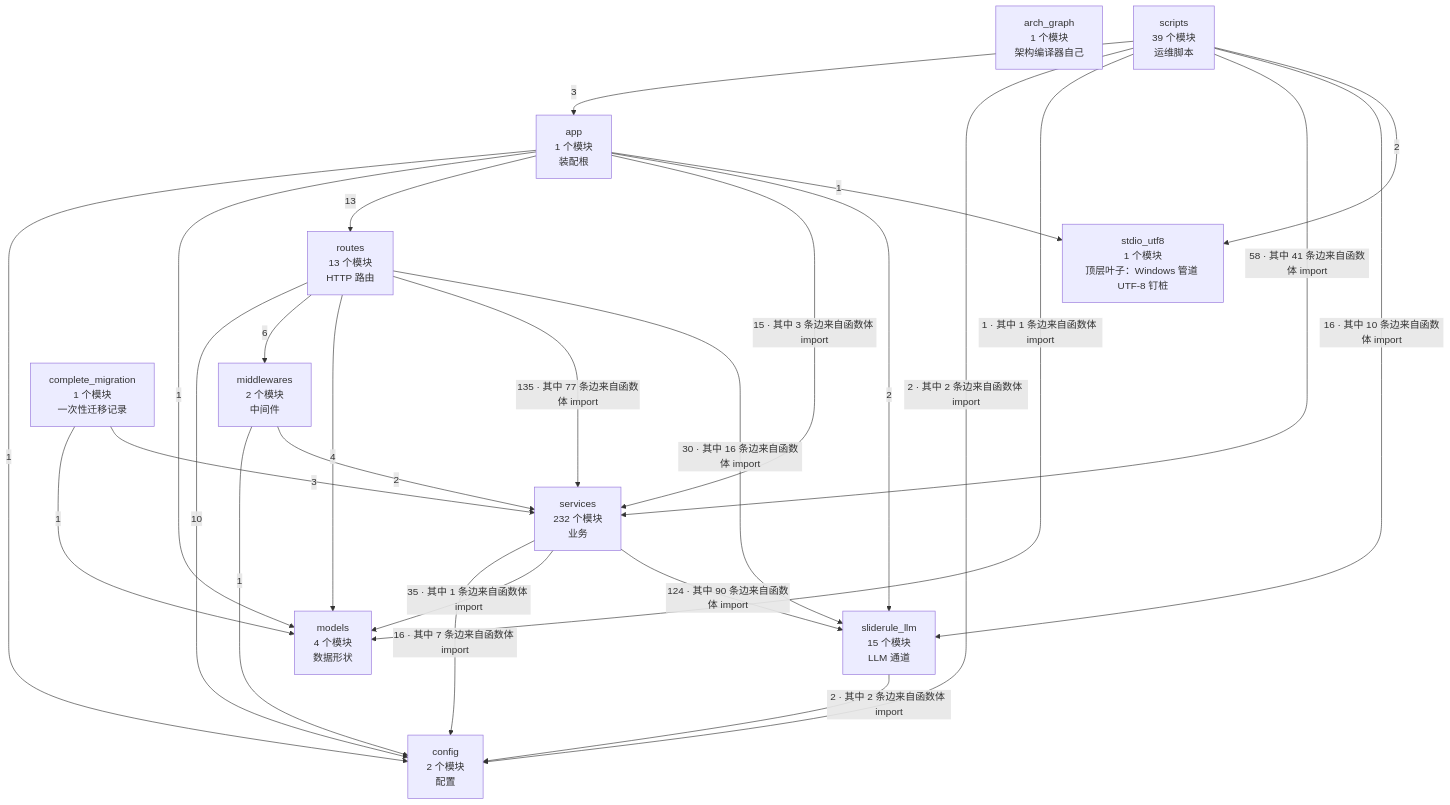
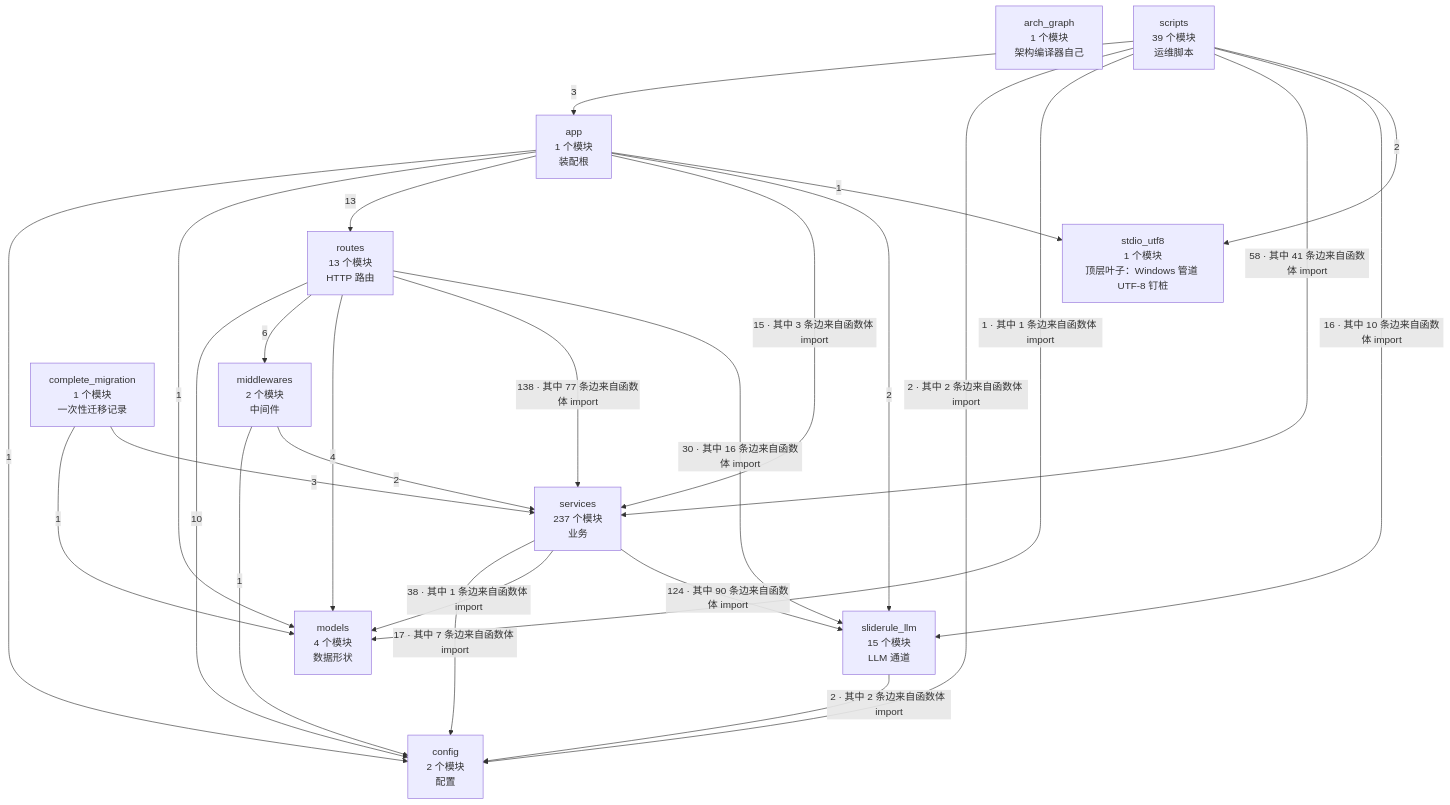
The second of 4 diagrams in docs/SlideRule V6.2 架构图（自动生成）.md (2686521696/WhyBuddy), drawn with Mermaid before and after one commit. The commit also changed other lines of this file and 38 other files, not shown here.

````diff
--- a/docs/SlideRule V6.2 架构图（自动生成）.md
+++ b/docs/SlideRule V6.2 架构图（自动生成）.md
@@ -62,39 +62,39 @@
 ```mermaid
 flowchart TB
   arch_graph["arch_graph<br/>1 个模块<br/>架构编译器自己"]
   config["config<br/>2 个模块<br/>配置"]
   models["models<br/>4 个模块<br/>数据形状"]
   stdio_utf8["stdio_utf8<br/>1 个模块<br/>顶层叶子：Windows 管道 UTF-8 钉桩"]
   sliderule_llm["sliderule_llm<br/>15 个模块<br/>LLM 通道"]
   middlewares["middlewares<br/>2 个模块<br/>中间件"]
-  services["services<br/>232 个模块<br/>业务"]
+  services["services<br/>237 个模块<br/>业务"]
   routes["routes<br/>13 个模块<br/>HTTP 路由"]
   app["app<br/>1 个模块<br/>装配根"]
   complete_migration["complete_migration<br/>1 个模块<br/>一次性迁移记录"]
   scripts["scripts<br/>39 个模块<br/>运维脚本"]
   app -->|1| config
   app -->|1| models
   app -->|13| routes
   app -->|15 · 其中 3 条边来自函数体 import| services
   app -->|2| sliderule_llm
   app -->|1| stdio_utf8
   complete_migration -->|1| models
   complete_migration -->|3| services
   middlewares -->|1| config
   middlewares -->|2| services
   routes -->|10| config
   routes -->|6| middlewares
   routes -->|4| models
-  routes -->|135 · 其中 77 条边来自函数体 import| services
+  routes -->|138 · 其中 77 条边来自函数体 import| services
   routes -->|30 · 其中 16 条边来自函数体 import| sliderule_llm
   scripts -->|3| app
   scripts -->|2 · 其中 2 条边来自函数体 import| config
   scripts -->|1 · 其中 1 条边来自函数体 import| models
   scripts -->|58 · 其中 41 条边来自函数体 import| services
   scripts -->|16 · 其中 10 条边来自函数体 import| sliderule_llm
   scripts -->|2| stdio_utf8
-  services -->|16 · 其中 7 条边来自函数体 import| config
-  services -->|35 · 其中 1 条边来自函数体 import| models
+  services -->|17 · 其中 7 条边来自函数体 import| config
+  services -->|38 · 其中 1 条边来自函数体 import| models
   services -->|124 · 其中 90 条边来自函数体 import| sliderule_llm
   sliderule_llm -->|2 · 其中 2 条边来自函数体 import| config
 ```
````
